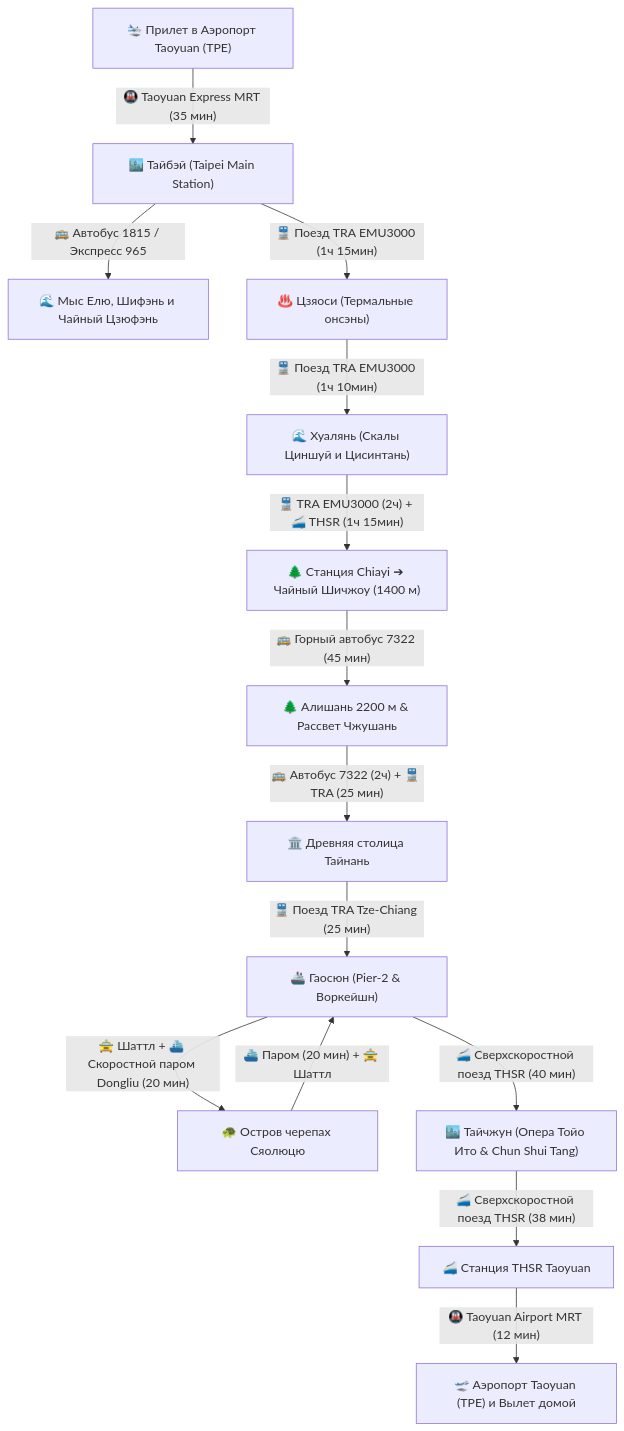
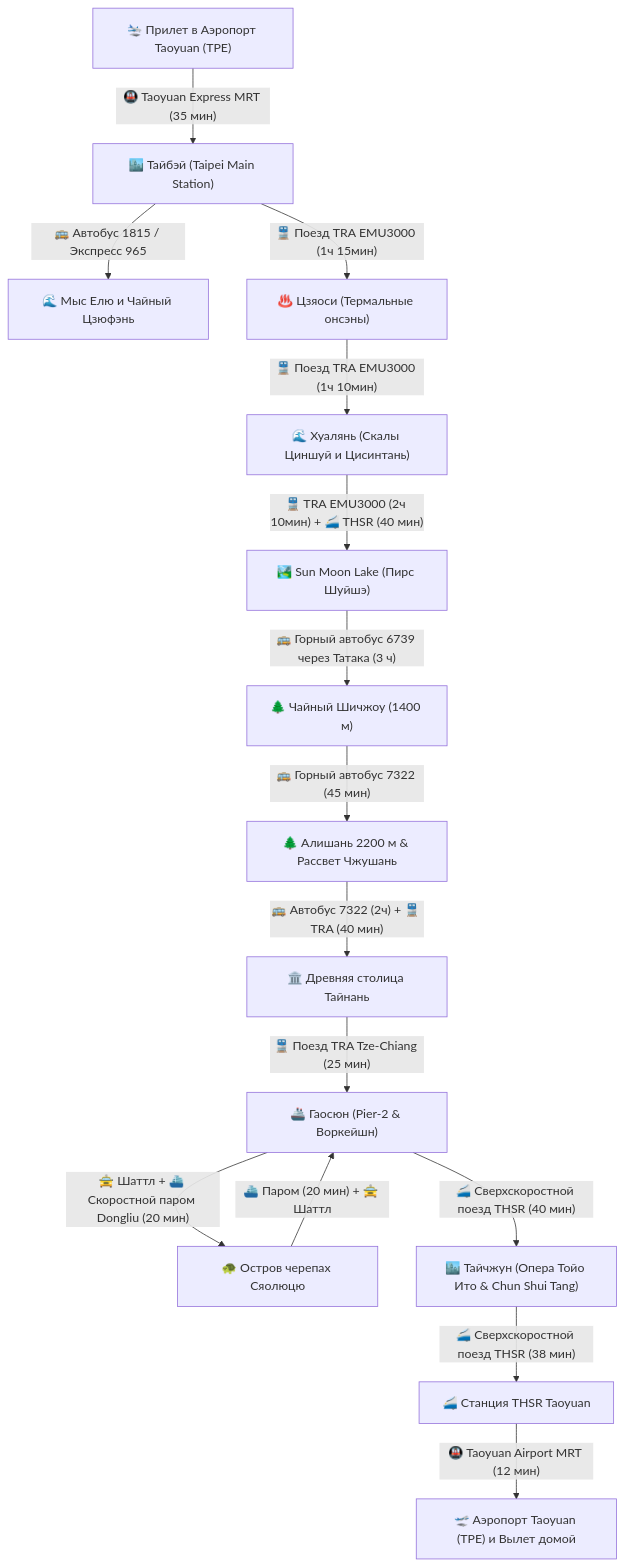
Before and after one commit to injurka/obsidian-mark: the diagram in Personal Note/Travel/-- Taiwan/03 - Бронирования/Транспорт.md, drawn with Mermaid. The commit also changed other lines of this file and 79 other files, not shown here.

````diff
--- a/Personal Note/Travel/-- Taiwan/03 - Бронирования/Транспорт.md
+++ b/Personal Note/Travel/-- Taiwan/03 - Бронирования/Транспорт.md
@@ -9,16 +9,17 @@
 ```mermaid
 flowchart TD
     A["🛬 Прилет в Аэропорт Taoyuan (TPE)"] -->|"🚇 Taoyuan Express MRT (35 мин)"| B["🏙️ Тайбэй (Taipei Main Station)"]
-    B -->|"🚌 Автобус 1815 / Экспресс 965"| C["🌊 Мыс Елю, Шифэнь и Чайный Цзюфэнь"]
+    B -->|"🚌 Автобус 1815 / Экспресс 965"| C["🌊 Мыс Елю и Чайный Цзюфэнь"]
     B -->|"🚆 Поезд TRA EMU3000 (1ч 15мин)"| D["♨️ Цзяоси (Термальные онсэны)"]
     D -->|"🚆 Поезд TRA EMU3000 (1ч 10мин)"| E["🌊 Хуалянь (Скалы Циншуй и Цисинтань)"]
-    E -->|"🚆 TRA EMU3000 (2ч) + 🚄 THSR (1ч 15мин)"| F["🌲 Станция Chiayi ➔ Чайный Шичжоу (1400 м)"]
+    E -->|"🚆 TRA EMU3000 (2ч 10мин) + 🚄 THSR (40 мин)"| SML["🏞️ Sun Moon Lake (Пирс Шуйшэ)"]
+    SML -->|"🚌 Горный автобус 6739 через Татака (3 ч)"| F["🌲 Чайный Шичжоу (1400 м)"]
     F -->|"🚌 Горный автобус 7322 (45 мин)"| G["🌲 Алишань 2200 м & Рассвет Чжушань"]
-    G -->|"🚌 Автобус 7322 (2ч) + 🚆 TRA (25 мин)"| H["🏛️ Древняя столица Тайнань"]
+    G -->|"🚌 Автобус 7322 (2ч) + 🚆 TRA (40 мин)"| H["🏛️ Древняя столица Тайнань"]
     H -->|"🚆 Поезд TRA Tze-Chiang (25 мин)"| I["🚢 Гаосюн (Pier-2 & Воркейшн)"]
     I -->|"🚖 Шаттл + ⛴️ Скоростной паром Dongliu (20 мин)"| J["🐢 Остров черепах Сяолюцю"]
     J -->|"⛴️ Паром (20 мин) + 🚖 Шаттл"| I
     I -->|"🚄 Сверхскоростной поезд THSR (40 мин)"| K["🏙️ Тайчжун (Опера Тойо Ито & Chun Shui Tang)"]
     K -->|"🚄 Сверхскоростной поезд THSR (38 мин)"| L["🚄 Станция THSR Taoyuan"]
     L -->|"🚇 Taoyuan Airport MRT (12 мин)"| M["🛫 Аэропорт Taoyuan (TPE) и Вылет домой"]
 ```
````
